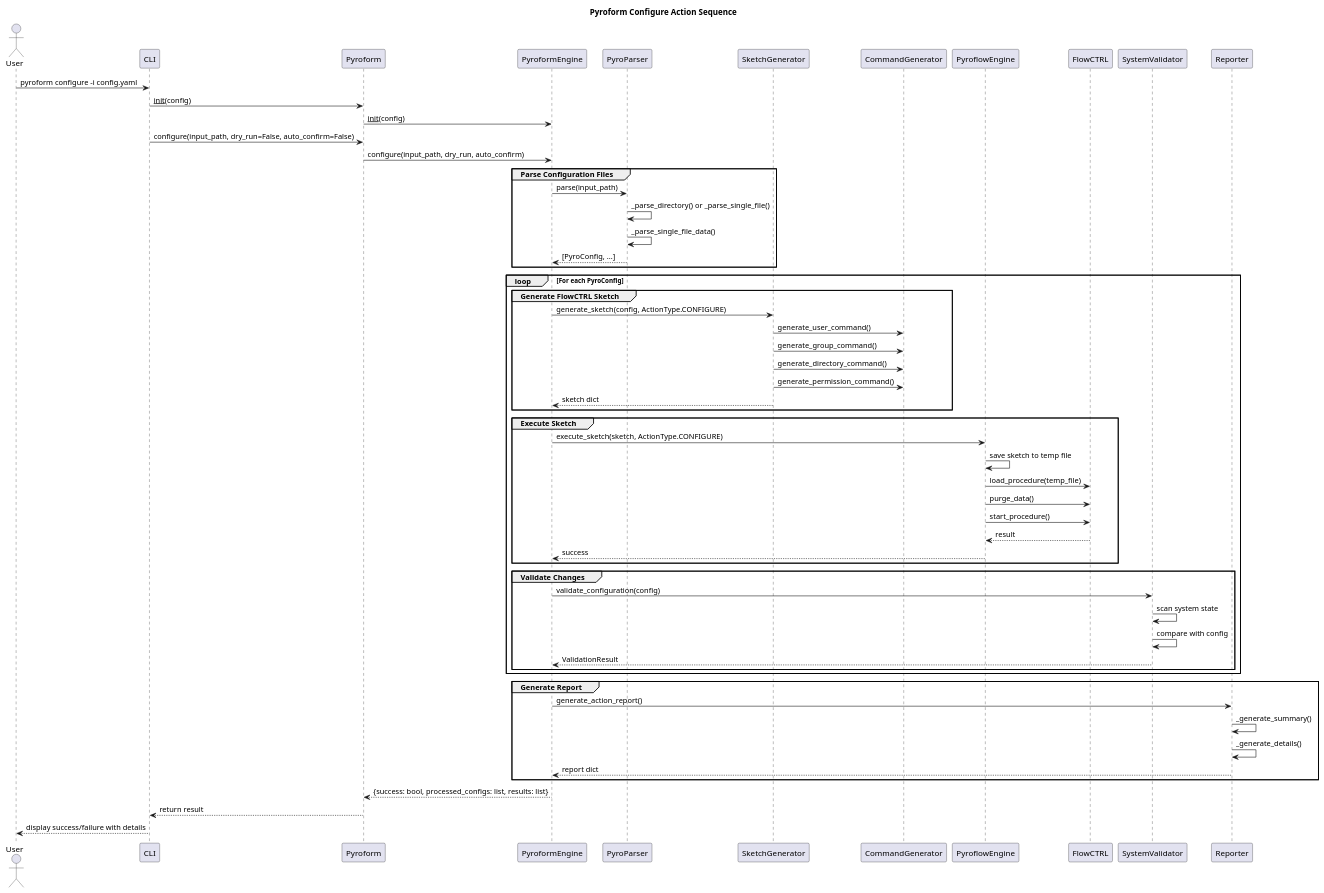
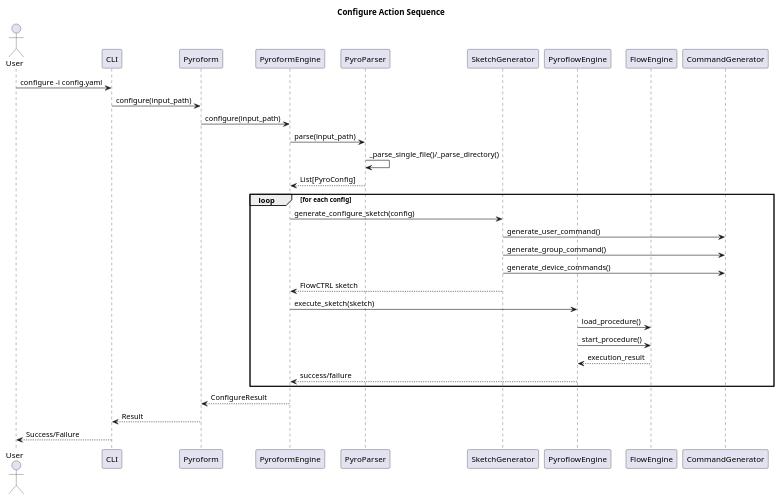
One commit to Del-Tango/Pyroform changed the diagram in pyroform/dox/Diagrams/pyroform_action_configure.puml. Above: the diagram before and after it, drawn with PlantUML. The commit also changed 29 other files, not shown here.

Commit message:
Updated PlantUML diagrams and README file

```diff
--- a/pyroform/dox/Diagrams/pyroform_action_configure.puml
+++ b/pyroform/dox/Diagrams/pyroform_action_configure.puml
@@ -1,69 +1,34 @@
-@startuml Pyroform_Configure_Sequence
-title Pyroform Configure Action Sequence
+@startuml
+title Configure Action Sequence
 
 actor User
 participant CLI
 participant Pyroform
 participant PyroformEngine
 participant PyroParser
 participant SketchGenerator
-participant CommandGenerator
 participant PyroflowEngine
-participant FlowCTRL
-participant SystemValidator
-participant Reporter
+participant FlowEngine
 
-User -> CLI: pyroform configure -i config.yaml
-CLI -> Pyroform: __init__(config)
-Pyroform -> PyroformEngine: __init__(config)
-
-CLI -> Pyroform: configure(input_path, dry_run=False, auto_confirm=False)
-Pyroform -> PyroformEngine: configure(input_path, dry_run, auto_confirm)
-
-group Parse Configuration Files
-    PyroformEngine -> PyroParser: parse(input_path)
-    PyroParser -> PyroParser: _parse_directory() or _parse_single_file()
-    PyroParser -> PyroParser: _parse_single_file_data()
-    PyroParser --> PyroformEngine: [PyroConfig, ...]
+User -> CLI: configure -i config.yaml
+CLI -> Pyroform: configure(input_path)
+Pyroform -> PyroformEngine: configure(input_path)
+PyroformEngine -> PyroParser: parse(input_path)
+PyroParser -> PyroParser: _parse_single_file()/_parse_directory()
+PyroParser --> PyroformEngine: List[PyroConfig]
+loop for each config
+  PyroformEngine -> SketchGenerator: generate_configure_sketch(config)
+  SketchGenerator -> CommandGenerator: generate_user_command()
+  SketchGenerator -> CommandGenerator: generate_group_command()
+  SketchGenerator -> CommandGenerator: generate_device_commands()
+  SketchGenerator --> PyroformEngine: FlowCTRL sketch
+  PyroformEngine -> PyroflowEngine: execute_sketch(sketch)
+  PyroflowEngine -> FlowEngine: load_procedure()
+  PyroflowEngine -> FlowEngine: start_procedure()
+  FlowEngine --> PyroflowEngine: execution_result
+  PyroflowEngine --> PyroformEngine: success/failure
 end
-
-loop For each PyroConfig
-    group Generate FlowCTRL Sketch
-        PyroformEngine -> SketchGenerator: generate_sketch(config, ActionType.CONFIGURE)
-        SketchGenerator -> CommandGenerator: generate_user_command()
-        SketchGenerator -> CommandGenerator: generate_group_command()
-        SketchGenerator -> CommandGenerator: generate_directory_command()
-        SketchGenerator -> CommandGenerator: generate_permission_command()
-        SketchGenerator --> PyroformEngine: sketch dict
-    end
-
-    group Execute Sketch
-        PyroformEngine -> PyroflowEngine: execute_sketch(sketch, ActionType.CONFIGURE)
-        PyroflowEngine -> PyroflowEngine: save sketch to temp file
-        PyroflowEngine -> FlowCTRL: load_procedure(temp_file)
-        PyroflowEngine -> FlowCTRL: purge_data()
-        PyroflowEngine -> FlowCTRL: start_procedure()
-        FlowCTRL --> PyroflowEngine: result
-        PyroflowEngine --> PyroformEngine: success
-    end
-
-    group Validate Changes
-        PyroformEngine -> SystemValidator: validate_configuration(config)
-        SystemValidator -> SystemValidator: scan system state
-        SystemValidator -> SystemValidator: compare with config
-        SystemValidator --> PyroformEngine: ValidationResult
-    end
-end
-
-group Generate Report
-    PyroformEngine -> Reporter: generate_action_report()
-    Reporter -> Reporter: _generate_summary()
-    Reporter -> Reporter: _generate_details()
-    Reporter --> PyroformEngine: report dict
-end
-
-PyroformEngine --> Pyroform: {success: bool, processed_configs: list, results: list}
-Pyroform --> CLI: return result
-CLI --> User: display success/failure with details
-
+PyroformEngine --> Pyroform: ConfigureResult
+Pyroform --> CLI: Result
+CLI --> User: Success/Failure
 @enduml
```
